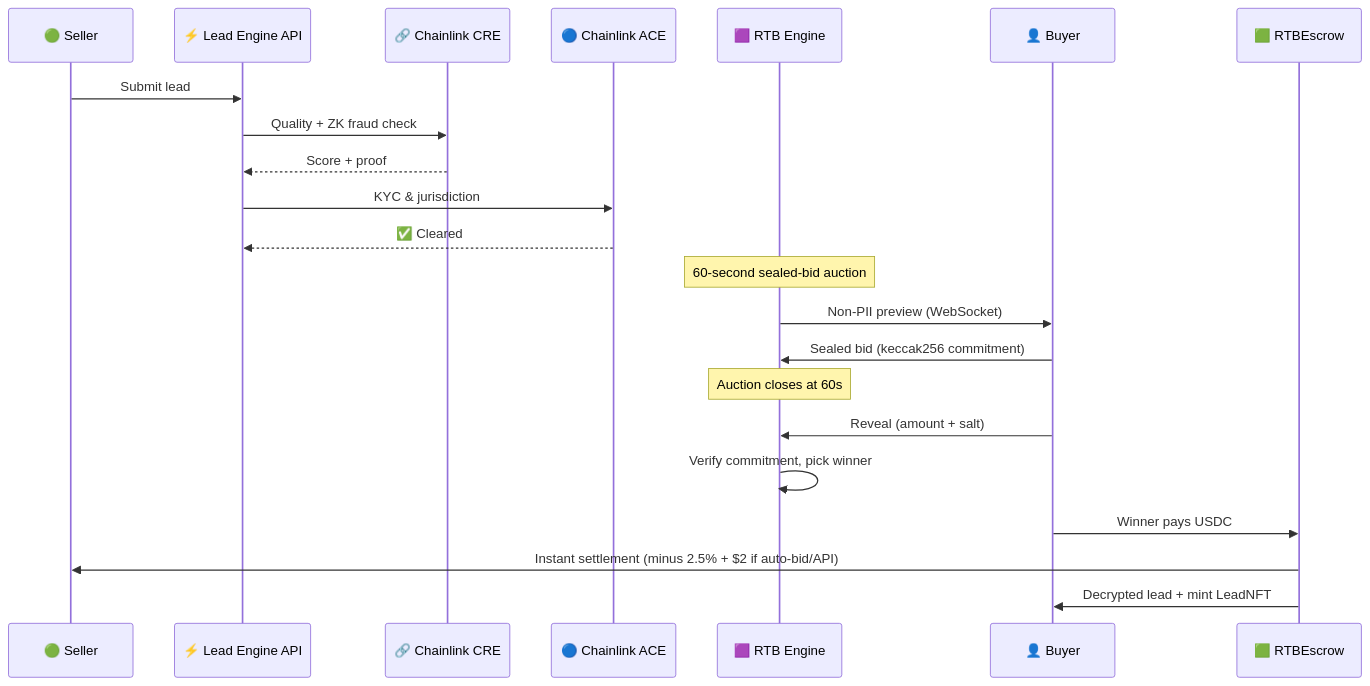
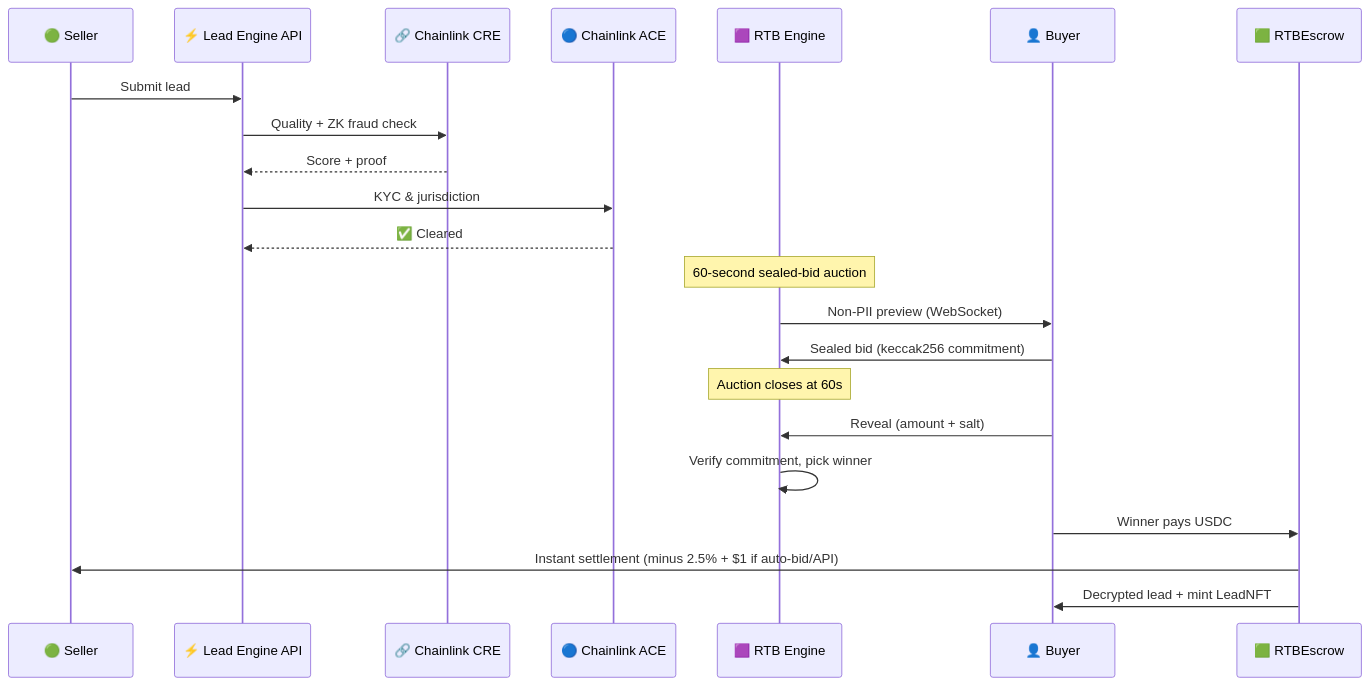
The diagram in README.md (bnmbnmai/lead-engine-cre), drawn with Mermaid before and after one commit. The commit also changed other lines of this file and 23 other files, not shown here.

````diff
--- a/README.md
+++ b/README.md
@@ -62,30 +62,30 @@
 ```mermaid
 sequenceDiagram
     participant S as 🟢 Seller
     participant API as ⚡ Lead Engine API
     participant CRE as 🔗 Chainlink CRE
     participant ACE as 🔵 Chainlink ACE
     participant RTB as 🟪 RTB Engine
     participant B as 👤 Buyer
     participant X as 🟩 RTBEscrow
 
     S->>API: Submit lead
     API->>CRE: Quality + ZK fraud check
     CRE-->>API: Score + proof
     API->>ACE: KYC & jurisdiction
     ACE-->>API: ✅ Cleared
 
     Note over RTB: 60-second sealed-bid auction
 
     RTB->>B: Non-PII preview (WebSocket)
     B->>RTB: Sealed bid (keccak256 commitment)
 
     Note over RTB: Auction closes at 60s
 
     B->>RTB: Reveal (amount + salt)
     RTB->>RTB: Verify commitment, pick winner
 
     B->>X: Winner pays USDC
-    X->>S: Instant settlement (minus 2.5% + $2 if auto-bid/API)
+    X->>S: Instant settlement (minus 2.5% + $1 if auto-bid/API)
     X->>B: Decrypted lead + mint LeadNFT
 ```
````
